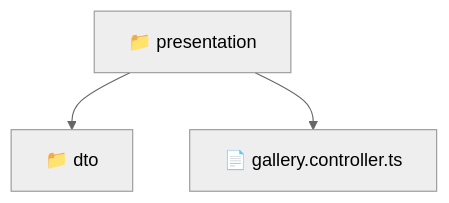
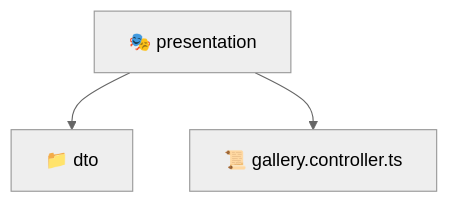
The diagram in backend/src/modules/gallery/presentation/README.md (beginwebdev2002/fullstack-mavluda), drawn with Mermaid (neutral theme) before and after one commit. The commit also changed other lines of this file and 163 other files, not shown here.

````diff
--- a/backend/src/modules/gallery/presentation/README.md
+++ b/backend/src/modules/gallery/presentation/README.md
@@ -9,6 +9,6 @@
 ```mermaid
 graph TD
-  Root["📁 presentation"]
-  Root --> dto["📁 dto"]
-  Root --> gallery_controller_ts["📄 gallery.controller.ts"]
+  presentation["🎭 presentation"]
+  presentation --> dto["📁 dto"]
+  presentation --> gallery_controller_ts["📜 gallery.controller.ts"]
 ```
````
